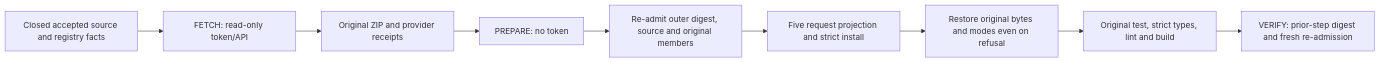
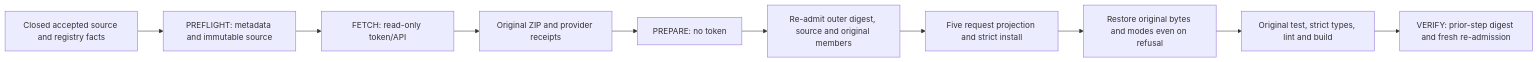
Before and after one commit to footprintjs/agent-playground: the diagram in scripts/prepare-ci-dependencies/README.md, drawn with Mermaid. The commit also changed other lines of this file and 4 other files, not shown here.

````diff
--- a/scripts/prepare-ci-dependencies/README.md
+++ b/scripts/prepare-ci-dependencies/README.md
@@ -13,11 +17,12 @@
 ```mermaid
 flowchart LR
-  fixed[Closed accepted source and registry facts] --> fetch[FETCH: read-only token/API]
+  fixed[Closed accepted source and registry facts] --> preflight[PREFLIGHT: metadata and immutable source]
+  preflight --> fetch[FETCH: read-only token/API]
   fetch --> data[Original ZIP and provider receipts]
   data --> prepare[PREPARE: no token]
   prepare --> admit[Re-admit outer digest, source and original members]
   admit --> temporary[Five request projection and strict install]
   temporary --> restore[Restore original bytes and modes even on refusal]
   restore --> gates[Original test, strict types, lint and build]
   gates --> verify[VERIFY: prior-step digest and fresh re-admission]
 ```
````
